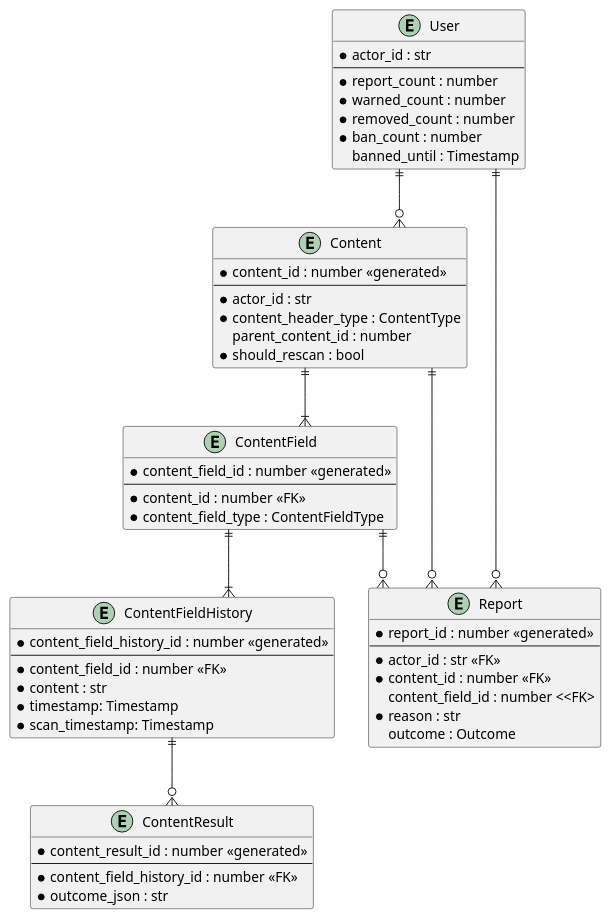
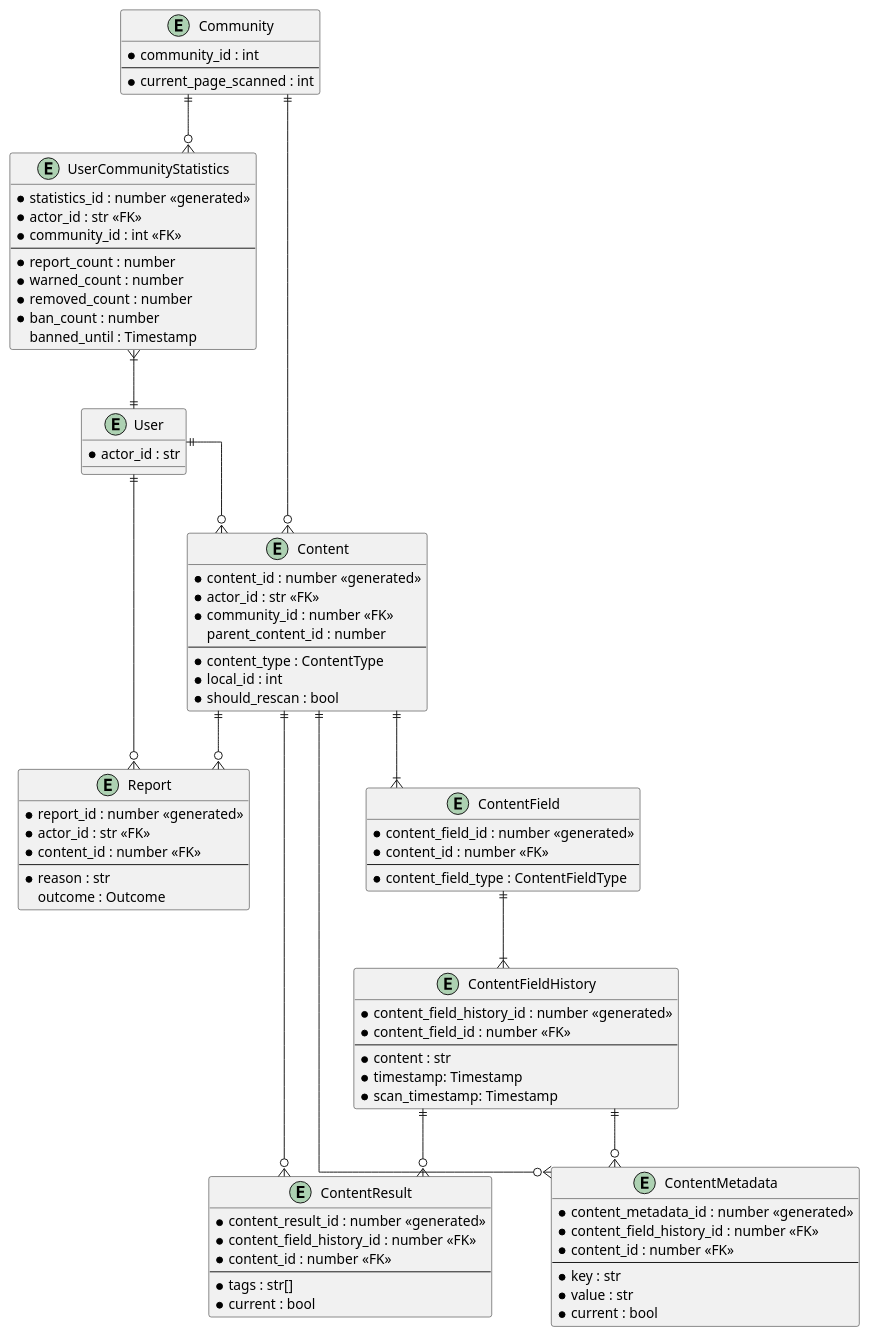
Before and after one commit to BenMMcLean/LemmyModBot: the diagram in lemmymodbot/persistence/data.plantuml, drawn with PlantUML. The commit also changed 1 other file, not shown here.

Commit message:
Flesh out the diagrams

```diff
--- a/lemmymodbot/persistence/data.plantuml
+++ b/lemmymodbot/persistence/data.plantuml
@@ -1,63 +1,93 @@
 @startuml ie
 skinparam linetype ortho
 
 entity User {
     * actor_id : str
+}
+
+entity Community {
+    * community_id : int
+    ---
+    * current_page_scanned : int
+}
+
+entity UserCommunityStatistics {
+    * statistics_id : number <<generated>>
+    * actor_id : str <<FK>>
+    * community_id : int <<FK>>
     ---
     * report_count : number
     * warned_count : number
     * removed_count : number
     * ban_count : number
     banned_until : Timestamp
 }
 
 entity Content {
     * content_id : number <<generated>>
+    * actor_id : str <<FK>>
+    * community_id : number <<FK>>
+    parent_content_id : number
     ---
-    * actor_id : str
-    * content_header_type : ContentType
-    parent_content_id : number
+    * content_type : ContentType
+    * local_id : int
     * should_rescan : bool
 }
 
 entity ContentField {
     * content_field_id : number <<generated>>
+    * content_id : number <<FK>>
     ---
-    * content_id : number <<FK>>
     * content_field_type : ContentFieldType
 }
 
 entity ContentFieldHistory {
     * content_field_history_id : number <<generated>>
+    * content_field_id : number <<FK>>
     ---
-    * content_field_id : number <<FK>>
     * content : str
     * timestamp: Timestamp
     * scan_timestamp: Timestamp
 }
 
 entity ContentResult {
     * content_result_id : number <<generated>>
+    * content_field_history_id : number <<FK>>
+    * content_id : number <<FK>>
     ---
+    * tags : str[]
+    * current : bool
+}
+
+entity ContentMetadata {
+    * content_metadata_id : number <<generated>>
     * content_field_history_id : number <<FK>>
-    * outcome_json : str
+    * content_id : number <<FK>>
+    ---
+    * key : str
+    * value : str
+    * current : bool
 }
 
 entity Report {
     * report_id : number <<generated>>
-    ---
     * actor_id : str <<FK>>
     * content_id : number <<FK>>
-    content_field_id : number <<FK>
+    ---
     * reason : str
     outcome : Outcome
 }
 
+User ||-u-|{ UserCommunityStatistics
 User ||--o{ Report
 User ||--o{ Content
+Community ||--o{ UserCommunityStatistics
+Community ||--o{ Content
 Content ||--o{ Report
-ContentField ||--o{ Report
 Content ||--|{ ContentField
+Content ||--o{ ContentResult
+Content ||--o{ ContentMetadata
 ContentField ||--|{ ContentFieldHistory
 ContentFieldHistory ||--o{ ContentResult
+ContentFieldHistory ||--o{ ContentMetadata
 @enduml
```
